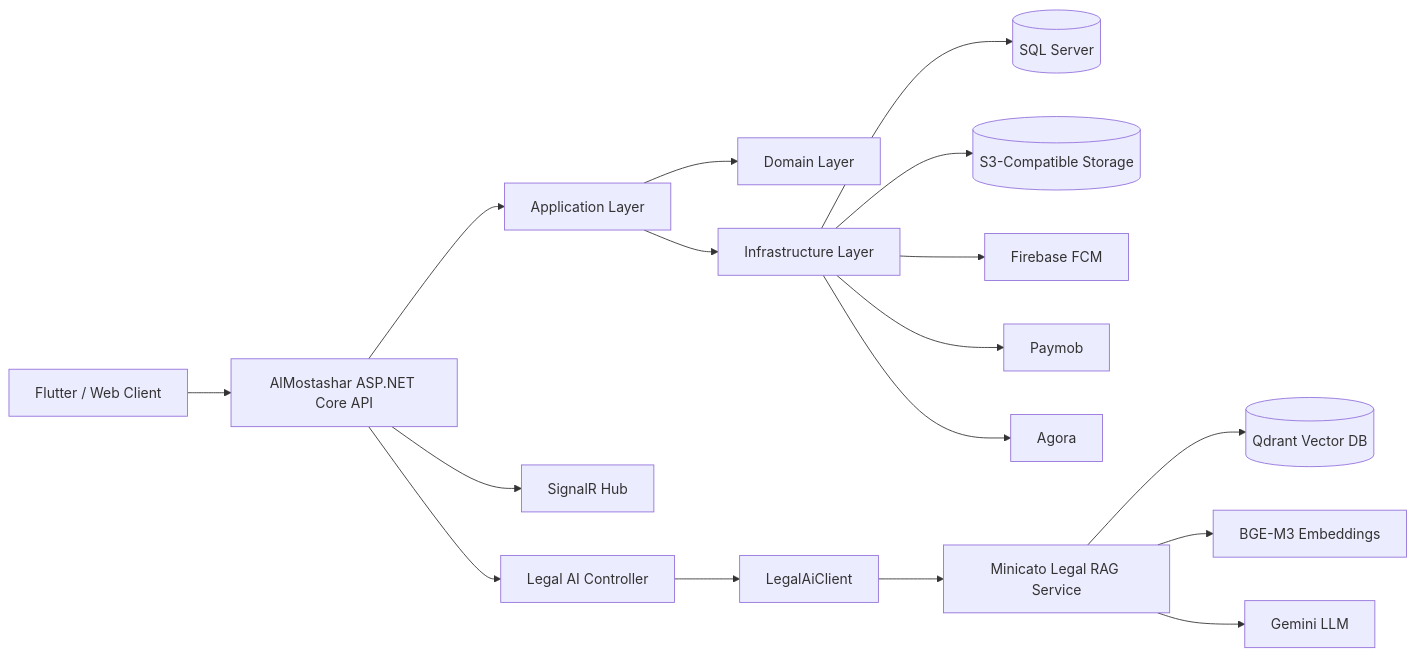
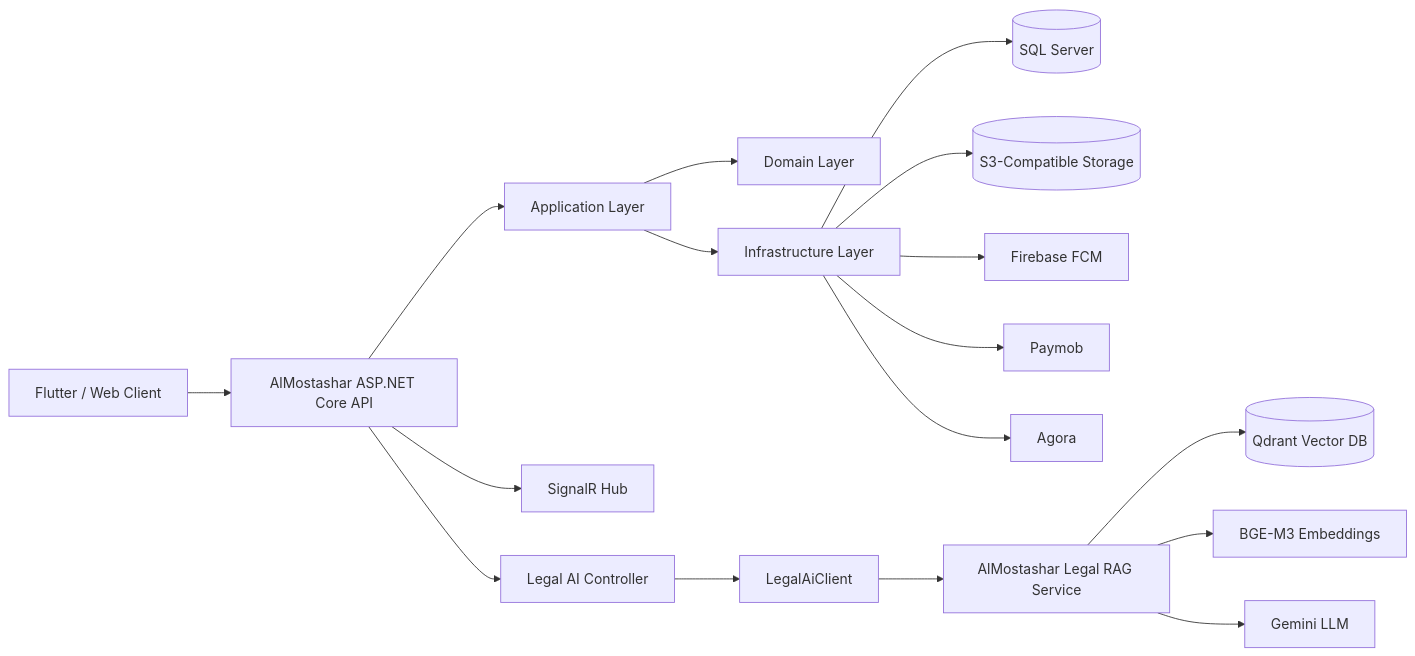
One commit to Aliology0/minicato-api changed the first of 5 diagrams in README.md. Above: the diagram before and after it, drawn with Mermaid. The commit also changed other lines of this file and 42 other files, not shown here.

````diff
--- a/README.md
+++ b/README.md
@@ -210,20 +210,20 @@
 ```mermaid
 flowchart LR
     Client["Flutter / Web Client"] --> API["AlMostashar ASP.NET Core API"]
     API --> Application["Application Layer"]
     Application --> Domain["Domain Layer"]
     Application --> Infrastructure["Infrastructure Layer"]
     Infrastructure --> SQL[("SQL Server")]
     Infrastructure --> Storage[("S3-Compatible Storage")]
     Infrastructure --> Firebase["Firebase FCM"]
     Infrastructure --> Paymob["Paymob"]
     Infrastructure --> Agora["Agora"]
     API --> SignalR["SignalR Hub"]
 
     API --> LegalAIController["Legal AI Controller"]
     LegalAIController --> LegalAIClient["LegalAiClient"]
-    LegalAIClient --> RAG["Minicato Legal RAG Service"]
+    LegalAIClient --> RAG["AlMostashar Legal RAG Service"]
     RAG --> Qdrant[("Qdrant Vector DB")]
     RAG --> Embeddings["BGE-M3 Embeddings"]
     RAG --> Gemini["Gemini LLM"]
 ```
````
